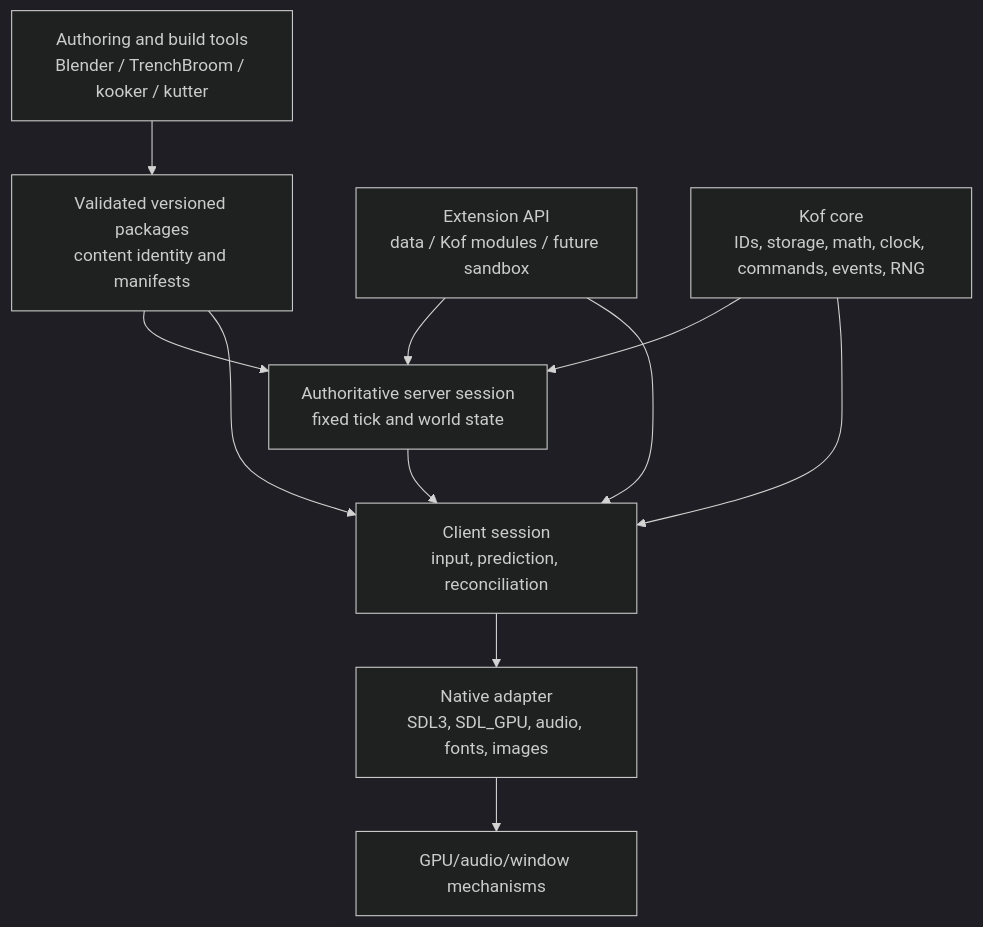
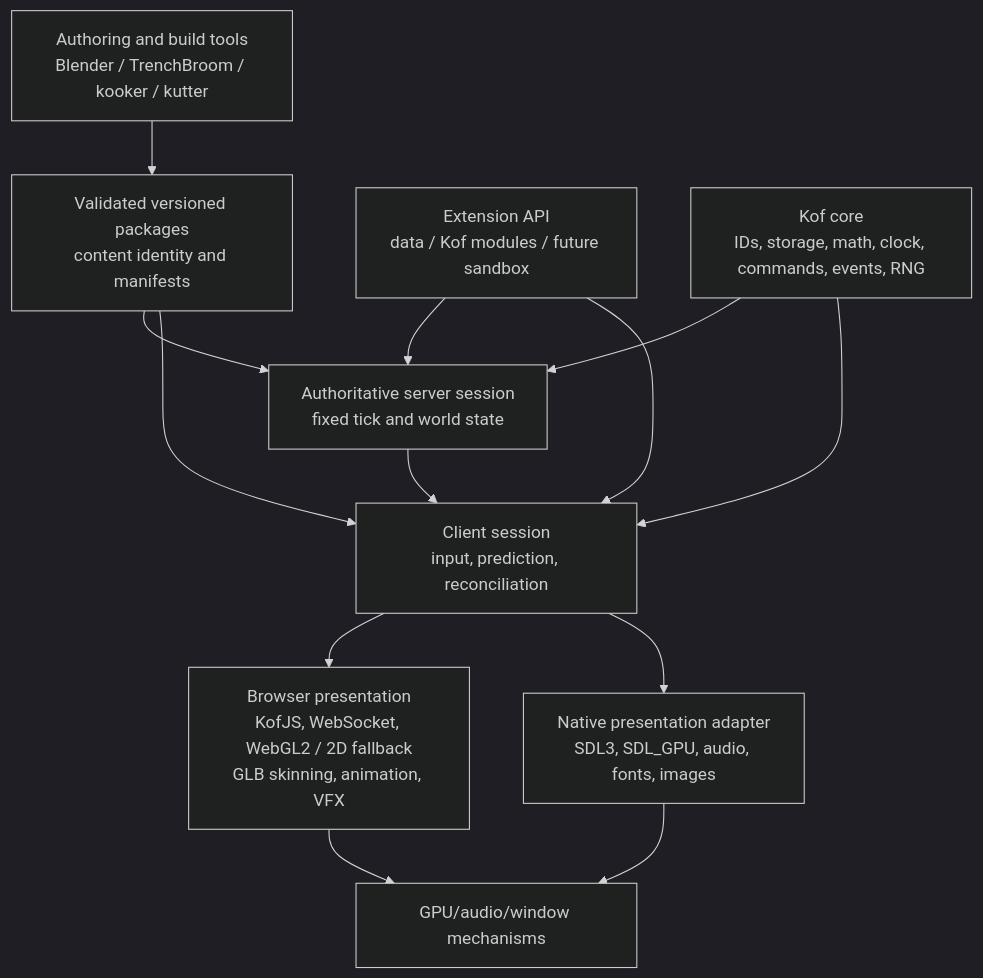
One commit to rufl/KOOKIE changed the first of 2 diagrams in docs/ARCHITECTURE.md. Above: the diagram before and after it, drawn with Mermaid (dark theme). The commit also changed 1 other file, not shown here.

Commit message:
Update architecture layer diagrams

````diff
--- a/docs/ARCHITECTURE.md
+++ b/docs/ARCHITECTURE.md
@@ -118,22 +118,25 @@
 ```mermaid
 flowchart TB
     Tools[Authoring and build tools\nBlender / TrenchBroom / kooker / kutter]
     Packages[Validated versioned packages\ncontent identity and manifests]
     Extensions[Extension API\ndata / Kof modules / future sandbox]
     Server[Authoritative server session\nfixed tick and world state]
     Client[Client session\ninput, prediction, reconciliation]
     Core[Kof core\nIDs, storage, math, clock, commands, events, RNG]
-    Native[Native adapter\nSDL3, SDL_GPU, audio, fonts, images]
+    Browser[Browser presentation\nKofJS, WebSocket, WebGL2 / 2D fallback\nGLB skinning, animation, VFX]
+    Native[Native presentation adapter\nSDL3, SDL_GPU, audio, fonts, images]
     GPU[GPU/audio/window mechanisms]
 
     Tools --> Packages
     Packages --> Server
     Packages --> Client
     Extensions --> Server
     Extensions --> Client
     Core --> Server
     Core --> Client
     Server --> Client
+    Client --> Browser
     Client --> Native
+    Browser --> GPU
     Native --> GPU
 ```
````
